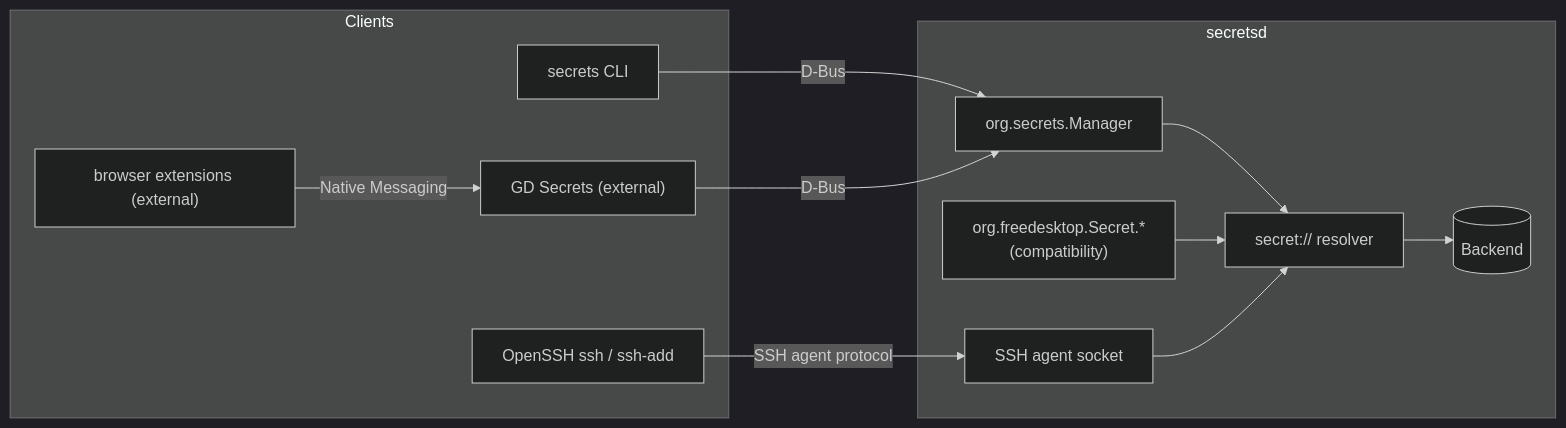
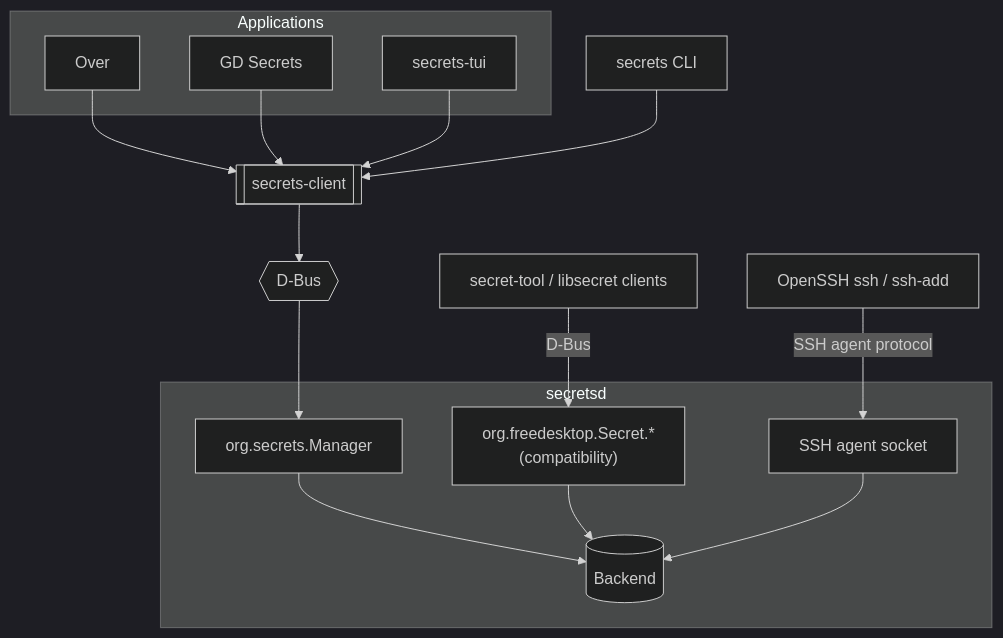
The diagram in README.md (noirbizarre/secrets), drawn with Mermaid (dark theme) before and after one commit. The commit also changed other lines of this file and 1 other file, not shown here.

First line of the commit message:
docs: document secrets ecosystem architecture

````diff
--- a/README.md
+++ b/README.md
@@ -36,27 +36,32 @@
 ```mermaid
-flowchart LR
-    subgraph Clients
-        cli[secrets CLI]
-        gtk["GD Secrets (external)"]
-        browser["browser extensions (external)"]
-        ssh[OpenSSH ssh / ssh-add]
+flowchart TB
+    subgraph apps["Applications"]
+        over[Over]
+        gtk["GD Secrets"]
+        tui[secrets-tui]
     end
+    cli[secrets CLI]
+    client[[secrets-client]]
+    dbus{{D-Bus}}
+    ssh[OpenSSH ssh / ssh-add]
+    stclients[secret-tool / libsecret clients]
 
     subgraph secretsd
         manager["org.secrets.Manager"]
         secretservice["org.freedesktop.Secret.*\n(compatibility)"]
         agent[SSH agent socket]
-        resolver[secret:// resolver]
         backend[(Backend)]
     end
 
-    cli -- D-Bus --> manager
-    gtk -- D-Bus --> manager
-    browser -- Native Messaging --> gtk
+    over --> client
+    gtk --> client
+    tui --> client
+    cli --> client
+    client --> dbus --> manager
     ssh -- SSH agent protocol --> agent
+    stclients -- D-Bus --> secretservice
 
-    manager --> resolver
-    secretservice --> resolver
-    agent --> resolver
-    resolver --> backend
+    manager --> backend
+    secretservice --> backend
+    agent --> backend
 ```
````
